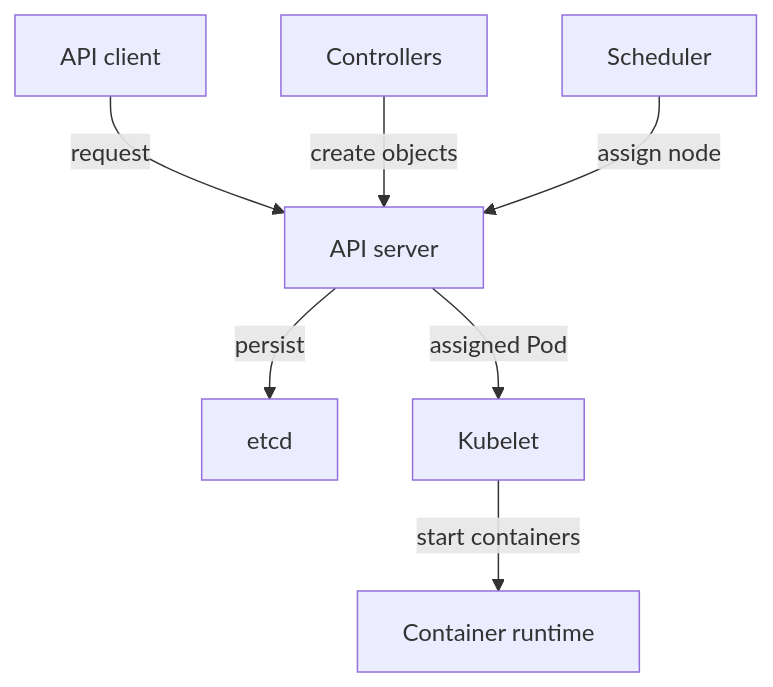
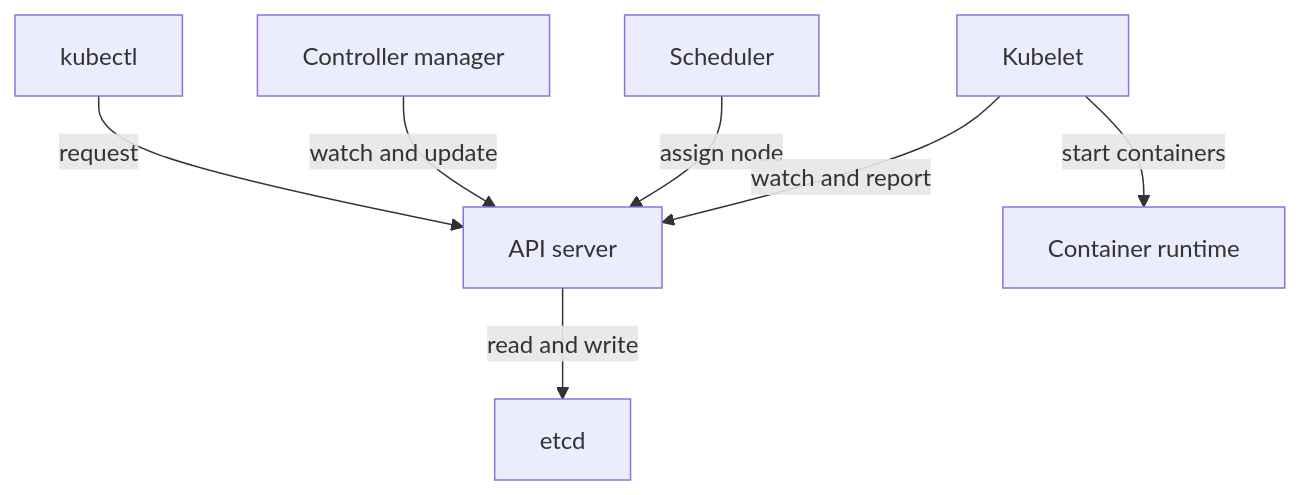
The first of 2 diagrams in sections/section-010/module-01/course-01-control-plane-and-worker-responsibilities.md (astrona-io/ATS037), drawn with Mermaid before and after one commit. The commit also changed other lines of this file and 332 other files, not shown here.

````diff
--- a/sections/section-010/module-01/course-01-control-plane-and-worker-responsibilities.md
+++ b/sections/section-010/module-01/course-01-control-plane-and-worker-responsibilities.md
@@ -14,9 +23,9 @@
 ```mermaid
 flowchart TB
-    U["API client"] -->|"request"| A["API server"]
-    A -->|"persist"| E["etcd"]
-    C["Controllers"] -->|"create objects"| A
+    U["kubectl"] -->|"request"| A["API server"]
+    A -->|"read and write"| E["etcd"]
+    C["Controller manager"] -->|"watch and update"| A
     S["Scheduler"] -->|"assign node"| A
-    A -->|"assigned Pod"| K["Kubelet"]
+    K["Kubelet"] -->|"watch and report"| A
     K -->|"start containers"| R["Container runtime"]
 ```
````
